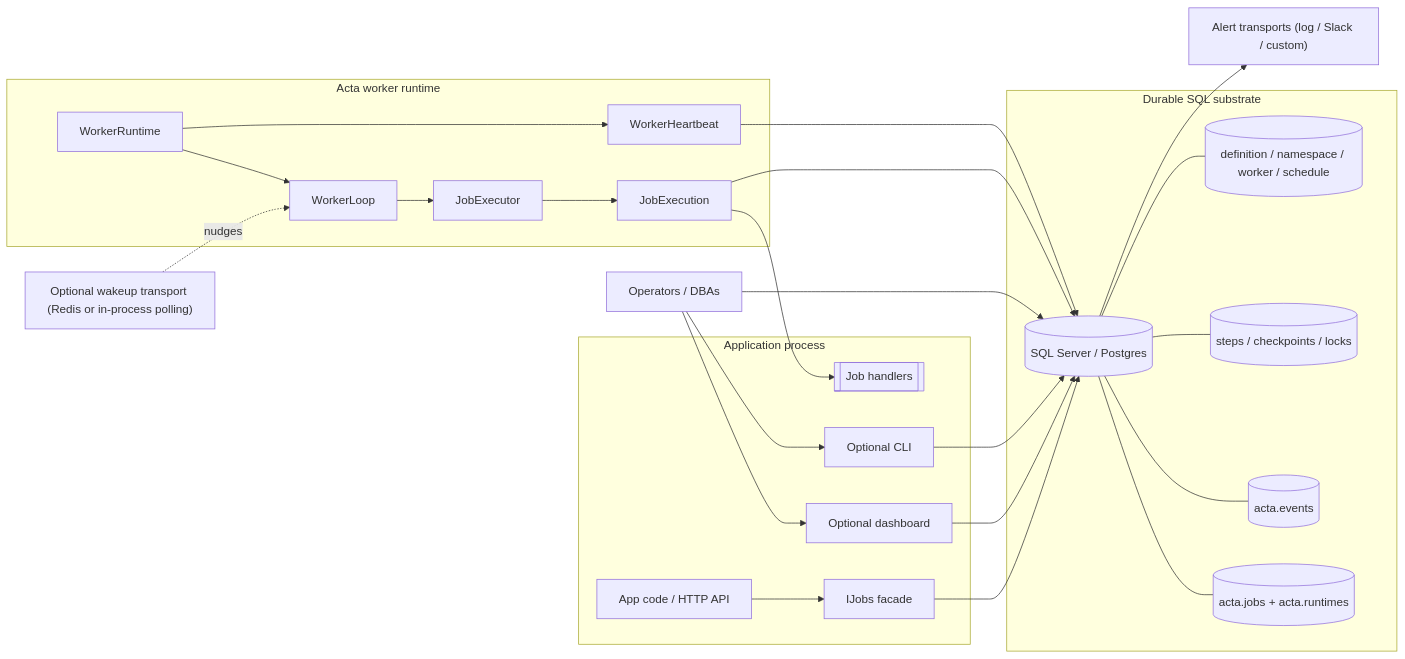
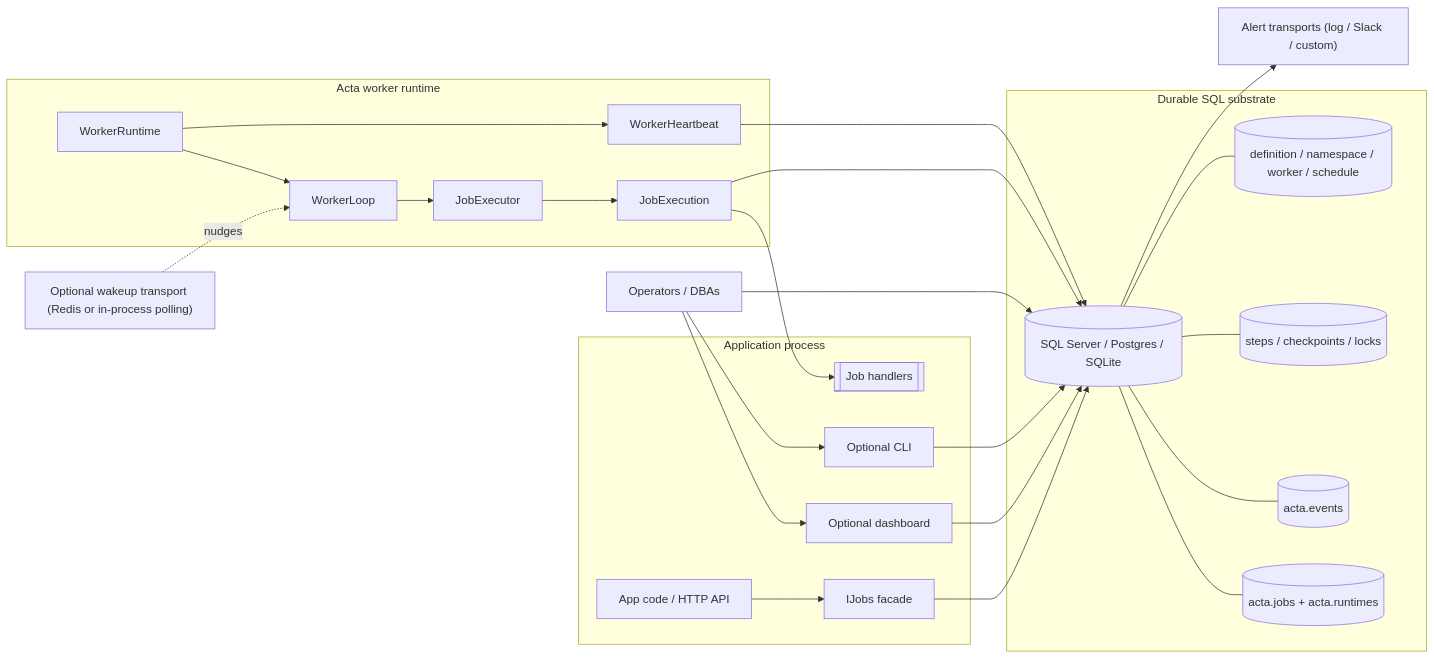
Before and after one commit to acta-dotnet/acta: the first of 6 diagrams in docs/technical/architecture-diagrams.md, drawn with Mermaid. The commit also changed other lines of this file and 7 other files, not shown here.

````diff
--- a/docs/technical/architecture-diagrams.md
+++ b/docs/technical/architecture-diagrams.md
@@ -23,51 +23,51 @@
 ```mermaid
 flowchart LR
     subgraph App[Application process]
         API[App code / HTTP API]
         Jobs[IJobs facade]
         Handlers[[Job handlers]]
         Dashboard[Optional dashboard]
         CLI[Optional CLI]
     end
 
     subgraph Runtime[Acta worker runtime]
         WorkerRuntime[WorkerRuntime]
         WorkerLoop[WorkerLoop]
         WorkerHeartbeat[WorkerHeartbeat]
         JobExecutor[JobExecutor]
         JobExecution[JobExecution]
     end
 
     subgraph Storage[Durable SQL substrate]
-        DB[(SQL Server / Postgres)]
+        DB[(SQL Server / Postgres / SQLite)]
         JobTable[(acta.jobs + acta.runtimes)]
         EventTable[(acta.events)]
         Substrate[(steps / checkpoints / locks)]
         Catalog[(definition / namespace / worker / schedule)]
     end
 
     Wakeup["Optional wakeup transport (Redis or in-process polling)"]
     Alerts["Alert transports (log / Slack / custom)"]
     Operators[Operators / DBAs]
 
     API --> Jobs
     Jobs --> DB
     WorkerRuntime --> WorkerLoop
     WorkerRuntime --> WorkerHeartbeat
     WorkerLoop --> JobExecutor
     JobExecutor --> JobExecution
     JobExecution --> Handlers
     JobExecution --> DB
     WorkerHeartbeat --> DB
     Wakeup -. nudges .-> WorkerLoop
     Dashboard --> DB
     CLI --> DB
     Operators --> Dashboard
     Operators --> CLI
     Operators --> DB
     DB --- JobTable
     DB --- EventTable
     DB --- Substrate
     DB --- Catalog
     DB --> Alerts
 ```
````
